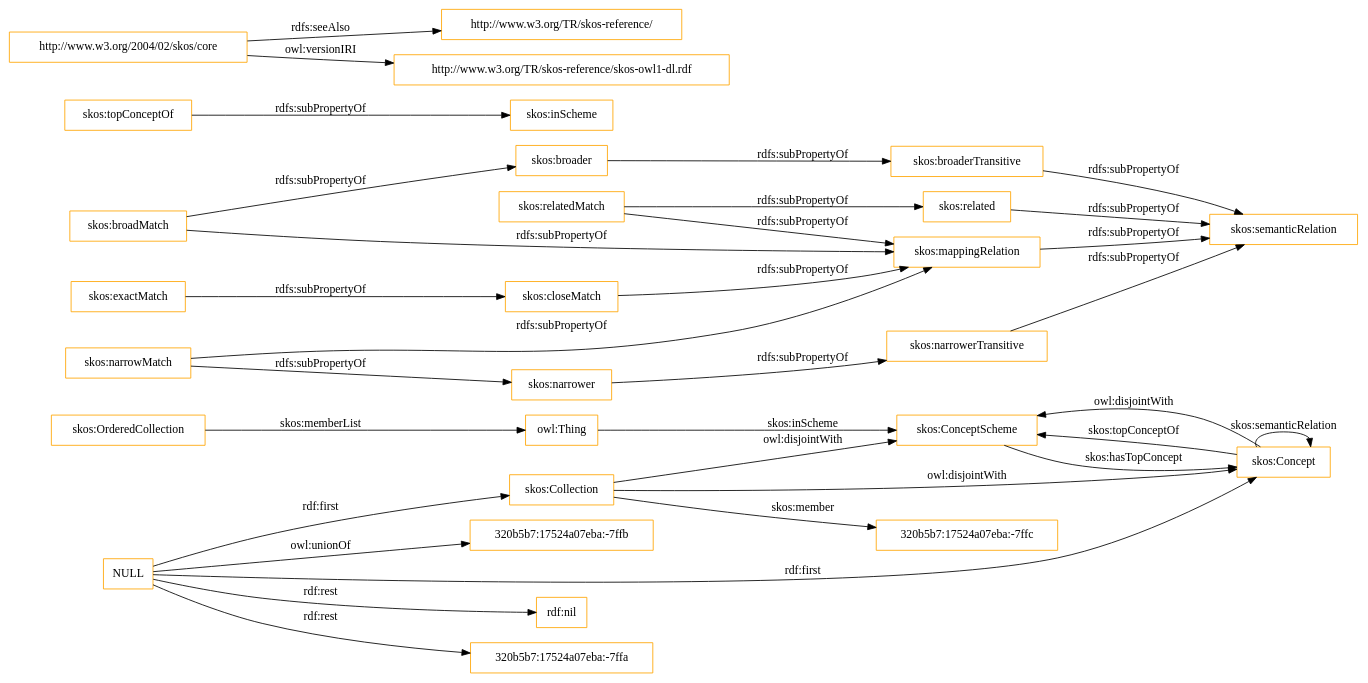
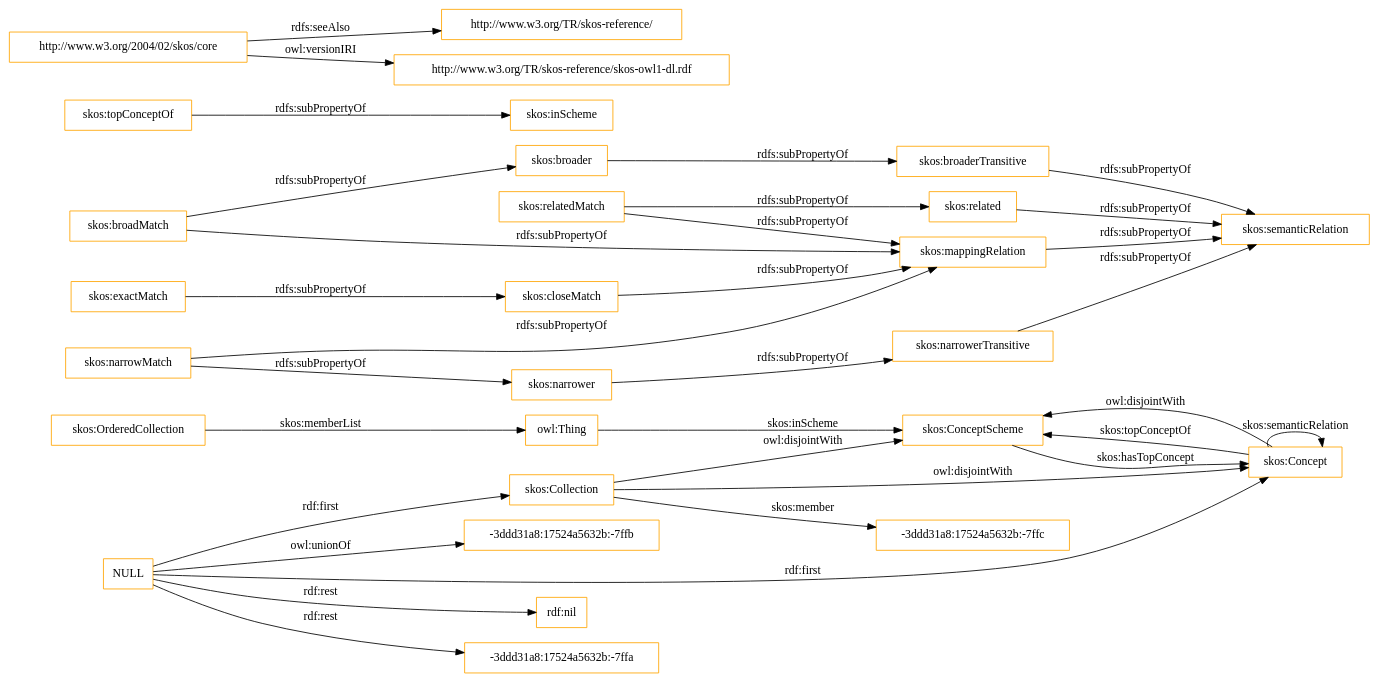
The diagram in OnToology/imports/skos.owl/diagrams/ar2dtool-class/skos.owl.png.dot (OnToologyUser/core-ontology-1), drawn with Graphviz before and after one commit. The commit also changed 14 other files, not shown here.

```diff
--- a/OnToology/imports/skos.owl/diagrams/ar2dtool-class/skos.owl.png.dot
+++ b/OnToology/imports/skos.owl/diagrams/ar2dtool-class/skos.owl.png.dot
@@ -1,37 +1,37 @@
 digraph ar2dtool_diagram { 
 rankdir=LR;
 size="1501"
-node [shape = rectangle, color="orange"]; "skos:OrderedCollection" "skos:ConceptScheme" "skos:Concept" "skos:Collection" "320b5b7:17524a07eba:-7ffc" ; /*classes style*/
+node [shape = rectangle, color="orange"]; "skos:OrderedCollection" "skos:ConceptScheme" "skos:Concept" "skos:Collection" "-3ddd31a8:17524a5632b:-7ffc" ; /*classes style*/
 	"skos:narrowerTransitive" -> "skos:semanticRelation" [ label = "rdfs:subPropertyOf" ];
 	"NULL" -> "rdf:nil" [ label = "rdf:rest" ];
 	"NULL" -> "skos:Concept" [ label = "rdf:first" ];
-	"NULL" -> "320b5b7:17524a07eba:-7ffa" [ label = "rdf:rest" ];
+	"NULL" -> "-3ddd31a8:17524a5632b:-7ffa" [ label = "rdf:rest" ];
 	"NULL" -> "skos:Collection" [ label = "rdf:first" ];
-	"NULL" -> "320b5b7:17524a07eba:-7ffb" [ label = "owl:unionOf" ];
+	"NULL" -> "-3ddd31a8:17524a5632b:-7ffb" [ label = "owl:unionOf" ];
 	"skos:closeMatch" -> "skos:mappingRelation" [ label = "rdfs:subPropertyOf" ];
 	"skos:Concept" -> "skos:ConceptScheme" [ label = "owl:disjointWith" ];
 	"skos:relatedMatch" -> "skos:related" [ label = "rdfs:subPropertyOf" ];
 	"skos:relatedMatch" -> "skos:mappingRelation" [ label = "rdfs:subPropertyOf" ];
 	"skos:related" -> "skos:semanticRelation" [ label = "rdfs:subPropertyOf" ];
 	"skos:topConceptOf" -> "skos:inScheme" [ label = "rdfs:subPropertyOf" ];
 	"skos:broadMatch" -> "skos:mappingRelation" [ label = "rdfs:subPropertyOf" ];
 	"skos:broadMatch" -> "skos:broader" [ label = "rdfs:subPropertyOf" ];
 	"skos:exactMatch" -> "skos:closeMatch" [ label = "rdfs:subPropertyOf" ];
 	"skos:broaderTransitive" -> "skos:semanticRelation" [ label = "rdfs:subPropertyOf" ];
 	"skos:broader" -> "skos:broaderTransitive" [ label = "rdfs:subPropertyOf" ];
 	"skos:mappingRelation" -> "skos:semanticRelation" [ label = "rdfs:subPropertyOf" ];
 	"http://www.w3.org/2004/02/skos/core" -> "http://www.w3.org/TR/skos-reference/" [ label = "rdfs:seeAlso" ];
 	"http://www.w3.org/2004/02/skos/core" -> "http://www.w3.org/TR/skos-reference/skos-owl1-dl.rdf" [ label = "owl:versionIRI" ];
 	"skos:Collection" -> "skos:ConceptScheme" [ label = "owl:disjointWith" ];
 	"skos:Collection" -> "skos:Concept" [ label = "owl:disjointWith" ];
 	"skos:narrower" -> "skos:narrowerTransitive" [ label = "rdfs:subPropertyOf" ];
 	"skos:narrowMatch" -> "skos:narrower" [ label = "rdfs:subPropertyOf" ];
 	"skos:narrowMatch" -> "skos:mappingRelation" [ label = "rdfs:subPropertyOf" ];
 	"skos:OrderedCollection" -> "owl:Thing" [ label = "skos:memberList" ];
 	"skos:Concept" -> "skos:ConceptScheme" [ label = "skos:topConceptOf" ];
 	"skos:Concept" -> "skos:Concept" [ label = "skos:semanticRelation" ];
-	"skos:Collection" -> "320b5b7:17524a07eba:-7ffc" [ label = "skos:member" ];
+	"skos:Collection" -> "-3ddd31a8:17524a5632b:-7ffc" [ label = "skos:member" ];
 	"skos:ConceptScheme" -> "skos:Concept" [ label = "skos:hasTopConcept" ];
 	"owl:Thing" -> "skos:ConceptScheme" [ label = "skos:inScheme" ];
 
 }
```
